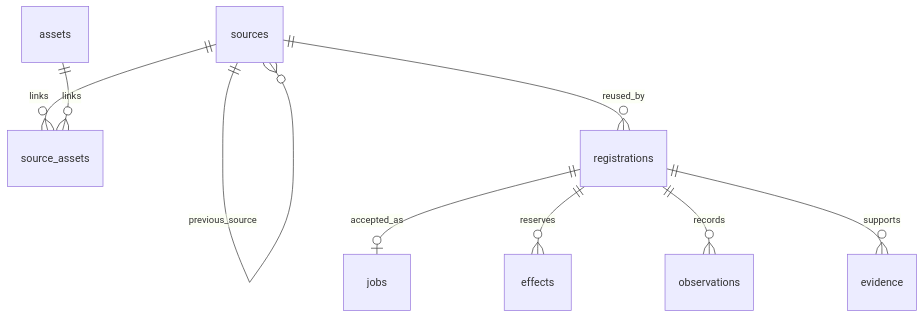
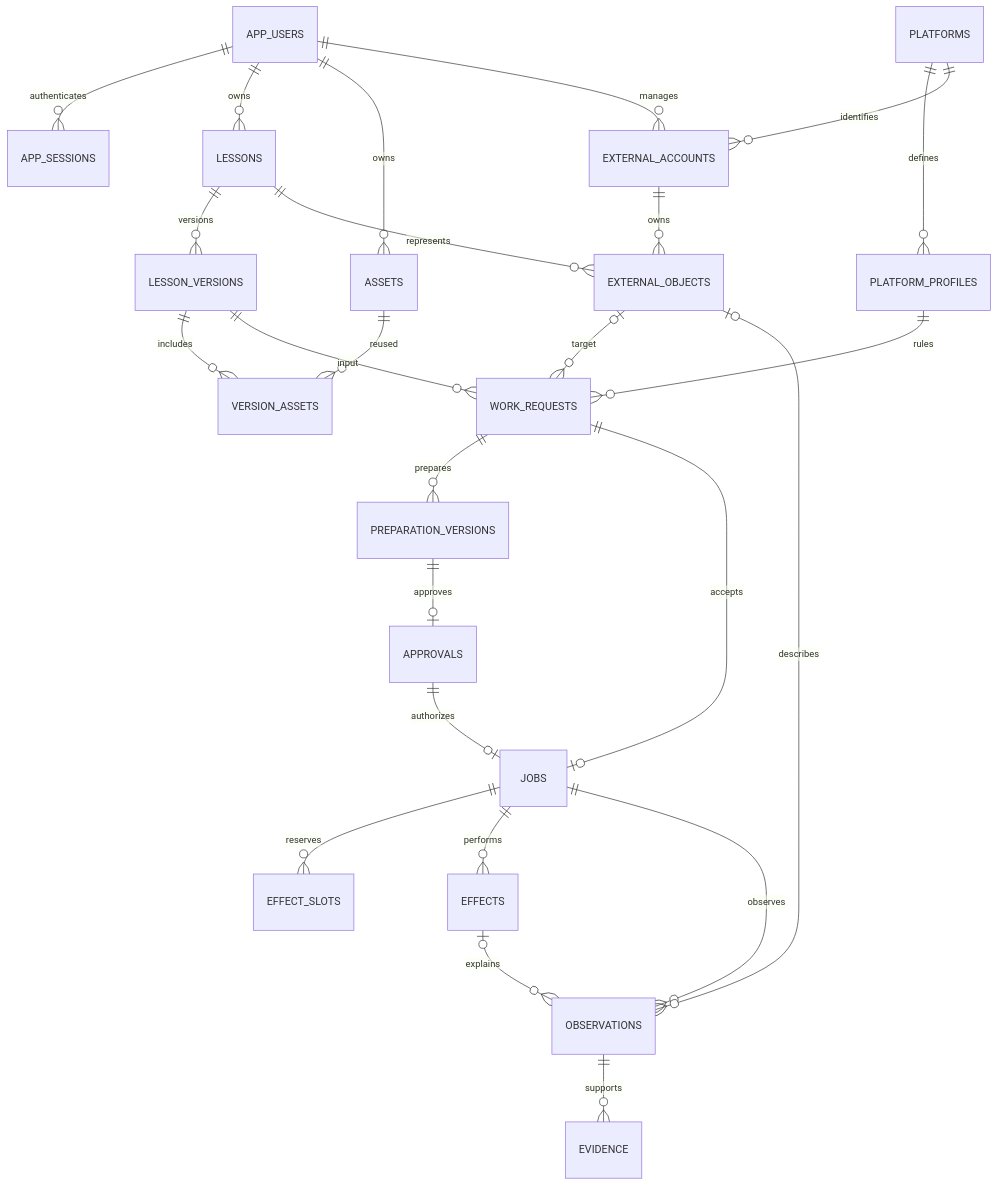
One commit to ik-e/chaja-you changed the diagram in docs/step2/데이터베이스_스키마_설계서.md. Above: the diagram before and after it, drawn with Mermaid. The commit also changed other lines of this file and 20 other files, not shown here.

````diff
--- a/docs/step2/데이터베이스_스키마_설계서.md
+++ b/docs/step2/데이터베이스_스키마_설계서.md
@@ -23,11 +12,27 @@
 ```mermaid
 erDiagram
- sources ||--o{ sources : previous_source
- sources ||--o{ source_assets : links
- assets ||--o{ source_assets : links
- sources ||--o{ registrations : reused_by
- registrations ||--o| jobs : accepted_as
- registrations ||--o{ effects : reserves
- registrations ||--o{ observations : records
- registrations ||--o{ evidence : supports
+ APP_USERS ||--o{ APP_SESSIONS : authenticates
+ APP_USERS ||--o{ LESSONS : owns
+ APP_USERS ||--o{ ASSETS : owns
+ LESSONS ||--o{ LESSON_VERSIONS : versions
+ LESSON_VERSIONS ||--o{ VERSION_ASSETS : includes
+ ASSETS ||--o{ VERSION_ASSETS : reused
+ PLATFORMS ||--o{ PLATFORM_PROFILES : defines
+ APP_USERS ||--o{ EXTERNAL_ACCOUNTS : manages
+ PLATFORMS ||--o{ EXTERNAL_ACCOUNTS : identifies
+ EXTERNAL_ACCOUNTS ||--o{ EXTERNAL_OBJECTS : owns
+ LESSONS ||--o{ EXTERNAL_OBJECTS : represents
+ LESSON_VERSIONS ||--o{ WORK_REQUESTS : input
+ PLATFORM_PROFILES ||--o{ WORK_REQUESTS : rules
+ EXTERNAL_OBJECTS o|--o{ WORK_REQUESTS : target
+ WORK_REQUESTS ||--o{ PREPARATION_VERSIONS : prepares
+ PREPARATION_VERSIONS ||--o| APPROVALS : approves
+ WORK_REQUESTS ||--o| JOBS : accepts
+ APPROVALS ||--o| JOBS : authorizes
+ JOBS ||--o{ EFFECT_SLOTS : reserves
+ JOBS ||--o{ EFFECTS : performs
+ JOBS ||--o{ OBSERVATIONS : observes
+ EFFECTS o|--o{ OBSERVATIONS : explains
+ EXTERNAL_OBJECTS o|--o{ OBSERVATIONS : describes
+ OBSERVATIONS ||--o{ EVIDENCE : supports
 ```
````
